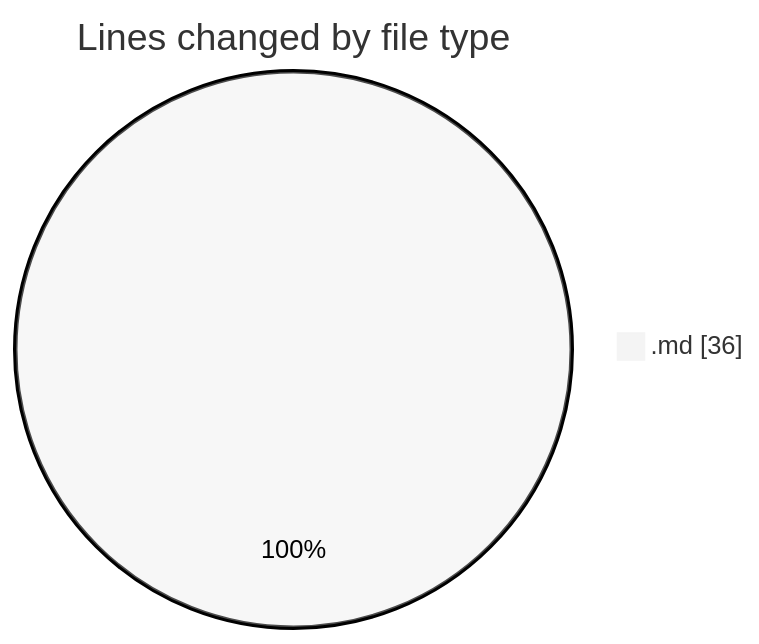
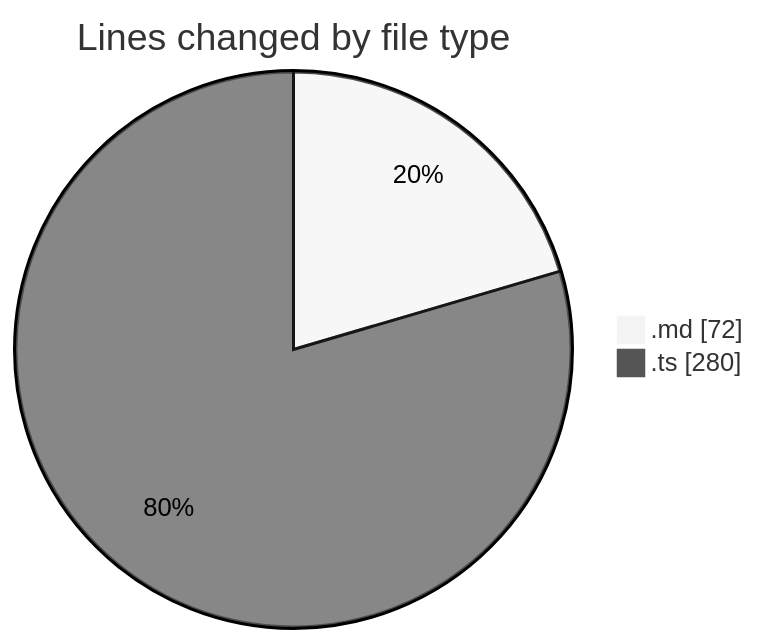
Before and after one commit to ernivani/code-tracking: the first of 2 diagrams in 2024-12-30/my-code-activity-ext/README.md, drawn with Mermaid (neutral theme). The commit also changed other lines of this file and 1 other file, not shown here.

````diff
--- a/2024-12-30/my-code-activity-ext/README.md
+++ b/2024-12-30/my-code-activity-ext/README.md
@@ -20,5 +22,6 @@
 ```mermaid
 pie showData
 title Lines changed by file type
-".md" : 36
+".md" : 72
+".ts" : 280
 ```
````
